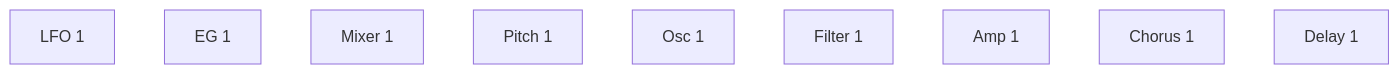
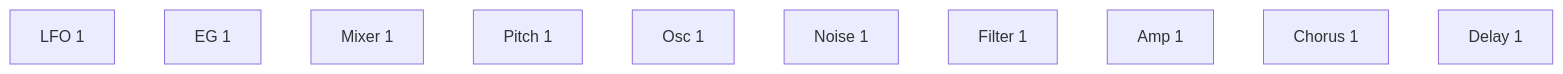
The second of 6 diagrams in spms1_type2/README.ja.md (risgk/midi_synthesizer_spms1), drawn with Mermaid before and after one commit. The commit also changed other lines of this file and 9 other files, not shown here.

First line of the commit message:
type-2: Add Noise 1, white noise at Level (CC 23), on Filter 1's new Audio 3 In

````diff
--- a/spms1_type2/README.ja.md
+++ b/spms1_type2/README.ja.md
@@ -208,4 +214,4 @@
 ```mermaid
 flowchart LR
-  LFO[LFO 1] ~~~ EG[EG 1] ~~~ MIX1[Mixer 1] ~~~ PITCH[Pitch 1] ~~~ OSC[Osc 1] ~~~ FILTER[Filter 1] ~~~ AMP[Amp 1] ~~~ CHORUS[Chorus 1] ~~~ DELAY[Delay 1]
+  LFO[LFO 1] ~~~ EG[EG 1] ~~~ MIX1[Mixer 1] ~~~ PITCH[Pitch 1] ~~~ OSC[Osc 1] ~~~ NOISE[Noise 1] ~~~ FILTER[Filter 1] ~~~ AMP[Amp 1] ~~~ CHORUS[Chorus 1] ~~~ DELAY[Delay 1]
 ```
````
